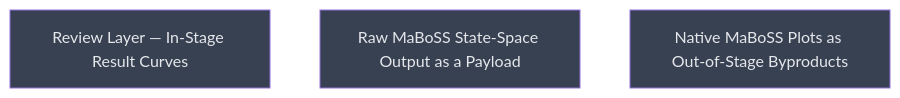
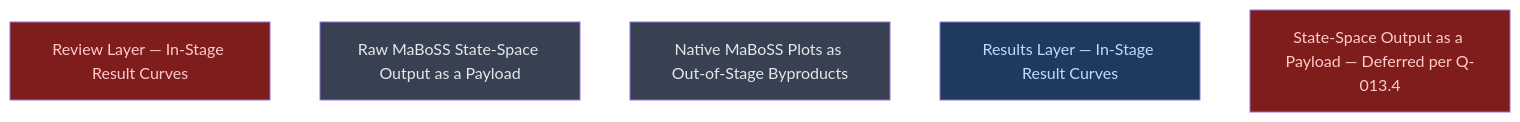
The diagram in __roadmap__/p53-mdm2-v2/p6_results_consumption/README.md (LittleCoinCoin/usd-bio), drawn with Mermaid before and after one commit. The commit also changed other lines of this file and 6 other files, not shown here.

````diff
--- a/__roadmap__/p53-mdm2-v2/p6_results_consumption/README.md
+++ b/__roadmap__/p53-mdm2-v2/p6_results_consumption/README.md
@@ -35,11 +38,13 @@
 ```mermaid
 graph TD
-    review_layer_plots[Review Layer — In-Stage Result Curves]:::planned
+    review_layer_plots[Review Layer — In-Stage Result Curves]:::blocked
     raw_probtraj_payload[Raw MaBoSS State-Space Output as a Payload]:::planned
     native_plots[Native MaBoSS Plots as Out-of-Stage Byproducts]:::planned
+    results_layer_curves[Results Layer — In-Stage Result Curves]:::amendment
+    state_space_payload[State-Space Output as a Payload — Deferred per Q-013.4]:::blocked
     classDef done       fill:#166534,color:#bbf7d0
     classDef inprogress fill:#854d0e,color:#fef08a
     classDef planned    fill:#374151,color:#e5e7eb
     classDef amendment  fill:#1e3a5f,color:#bfdbfe
     classDef blocked    fill:#7f1d1d,color:#fecaca
 ```
````
